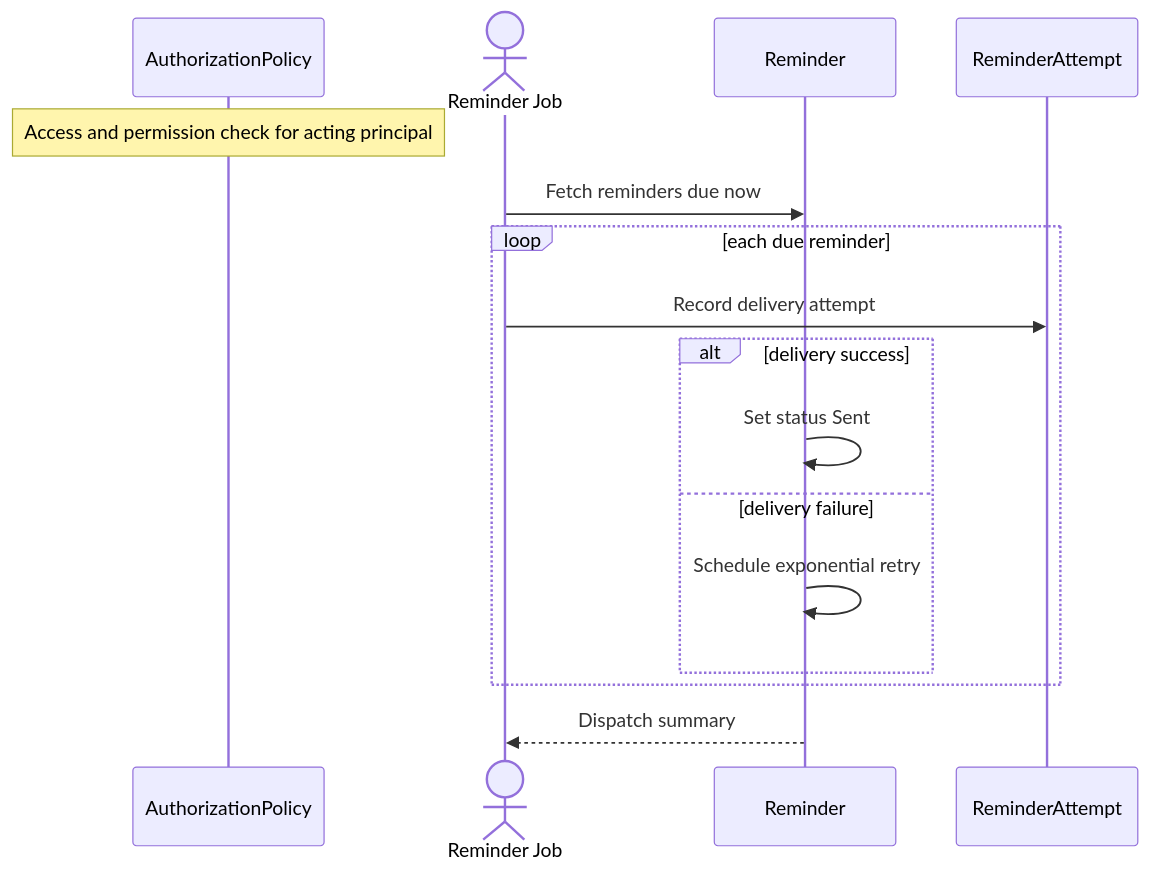
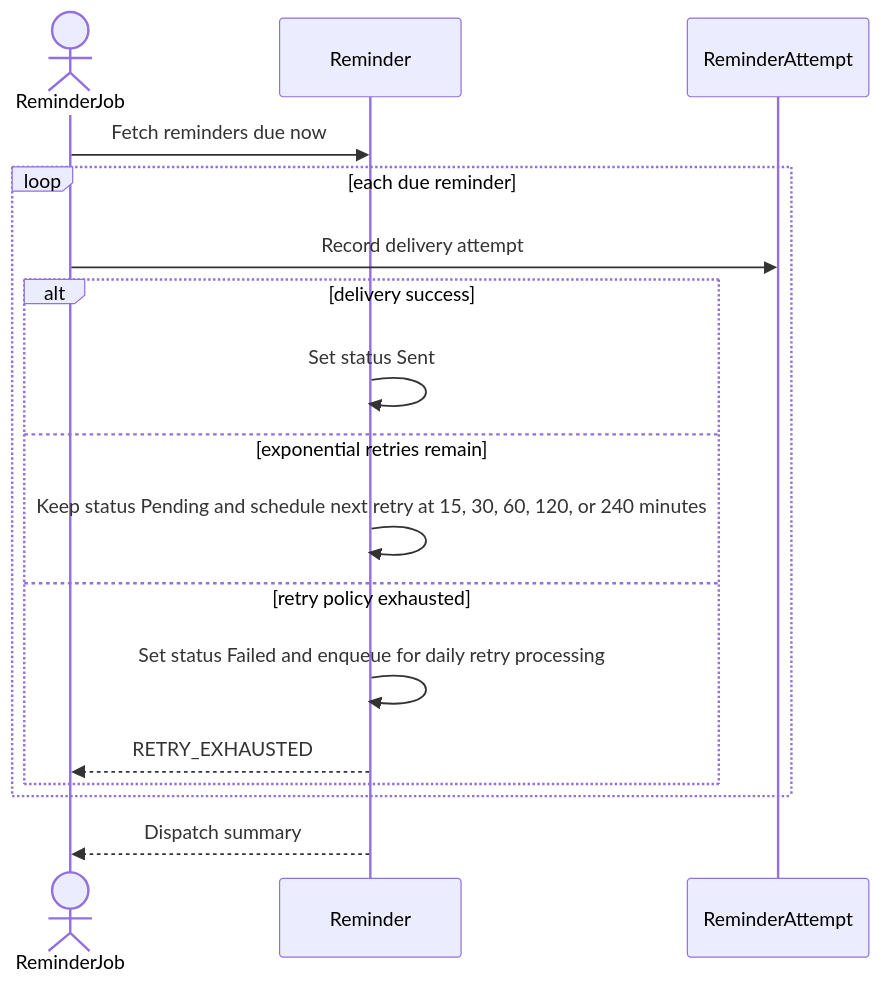
One commit to ChidiRnweke/margin changed the fifth of 6 diagrams in architecture/sequence-diagrams/05-execution-reminders.md. Above: the diagram before and after it, drawn with Mermaid. The commit also changed other lines of this file and 12 other files, not shown here.

Commit message:
Enhance sequence diagrams and introduce traceability matrix

````diff
--- a/architecture/sequence-diagrams/05-execution-reminders.md
+++ b/architecture/sequence-diagrams/05-execution-reminders.md
@@ -73,18 +98,19 @@
 ```mermaid
 sequenceDiagram
-    participant G as AuthorizationPolicy
-    Note over G: Access and permission check for acting principal
-    actor J as Reminder Job
+    actor J as ReminderJob
     participant R as Reminder
     participant A as ReminderAttempt
     J->>R: Fetch reminders due now
     loop each due reminder
-      J->>A: Record delivery attempt
-      alt delivery success
-        R->>R: Set status Sent
-      else delivery failure
-        R->>R: Schedule exponential retry
-      end
+        J->>A: Record delivery attempt
+        alt delivery success
+            R->>R: Set status Sent
+        else exponential retries remain
+            R->>R: Keep status Pending and schedule next retry at 15, 30, 60, 120, or 240 minutes
+        else retry policy exhausted
+            R->>R: Set status Failed and enqueue for daily retry processing
+            R-->>J: RETRY_EXHAUSTED
+        end
     end
     R-->>J: Dispatch summary
 ```
````
